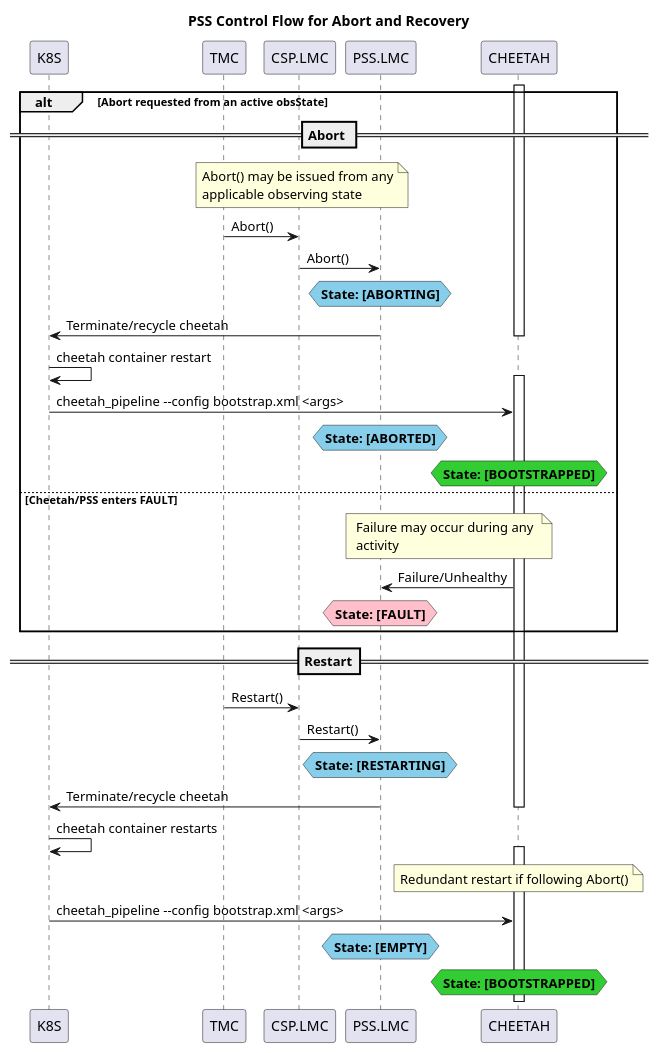
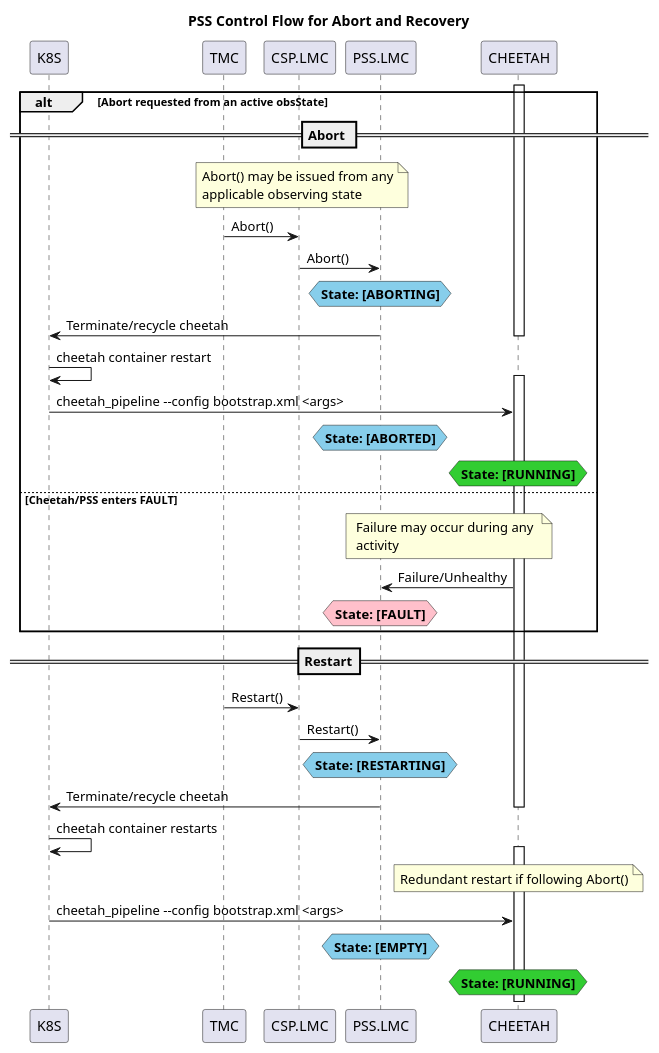
Before and after one commit to ska-telescope/ska-pss-supplementary-code: the diagram in cheetah-helm-charts/uml/abort_restart.puml, drawn with PlantUML. The commit also changed 1 other file, not shown here.

Commit message:
AT4-2371 - updated cheetah states

```diff
--- a/cheetah-helm-charts/uml/abort_restart.puml
+++ b/cheetah-helm-charts/uml/abort_restart.puml
@@ -1,58 +1,58 @@
 @startuml
 title PSS Control Flow for Abort and Recovery
 
 skinparam BoxPadding 10
 
 participant K8S as K8S
 participant TMC as TMC
 participant "CSP.LMC" as CSP
 participant "PSS.LMC" as PSS
 participant CHEETAH as CHEETAH
 
 activate CHEETAH
 alt Abort requested from an active obsState
     == Abort ==
     note over TMC,PSS
     Abort() may be issued from any
     applicable observing state
     end note
     TMC -> CSP: Abort()
     CSP -> PSS: Abort()
     hnote over PSS #SkyBlue : **State: [ABORTING]**
     PSS -> K8S: Terminate/recycle cheetah
     deactivate CHEETAH
     K8S -> K8S: cheetah container restart
     activate CHEETAH
     K8S -> CHEETAH: cheetah_pipeline --config bootstrap.xml <args>
     hnote over PSS #SkyBlue : **State: [ABORTED]**
-    hnote over CHEETAH #LimeGreen : **State: [BOOTSTRAPPED]**
+    hnote over CHEETAH #LimeGreen : **State: [RUNNING]**
 
 else Cheetah/PSS enters FAULT
     note over PSS,CHEETAH
     Failure may occur during any
     activity
     end note
     CHEETAH -> PSS: Failure/Unhealthy
     hnote over PSS #Pink : **State: [FAULT]**
 
 
 end
 
 ==Restart==
 TMC -> CSP: Restart()
 CSP -> PSS: Restart()
 hnote over PSS #SkyBlue : **State: [RESTARTING]**
 PSS -> K8S: Terminate/recycle cheetah
 deactivate CHEETAH
 K8S -> K8S: cheetah container restarts
 activate CHEETAH
 note over CHEETAH
 Redundant restart if following Abort()
 end note
 K8S -> CHEETAH: cheetah_pipeline --config bootstrap.xml <args>
 hnote over PSS #SkyBlue : **State: [EMPTY]**
-hnote over CHEETAH #LimeGreen : **State: [BOOTSTRAPPED]**
+hnote over CHEETAH #LimeGreen : **State: [RUNNING]**
 
 
 
 @enduml
```
